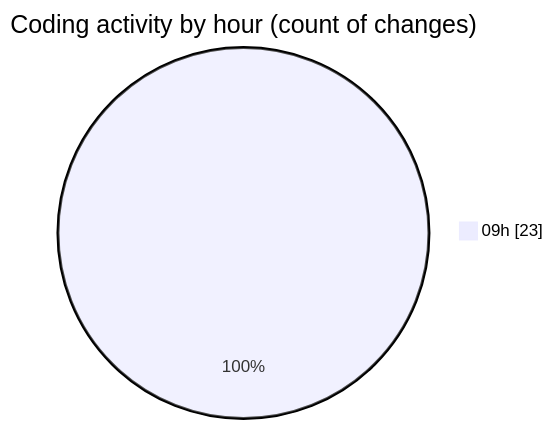
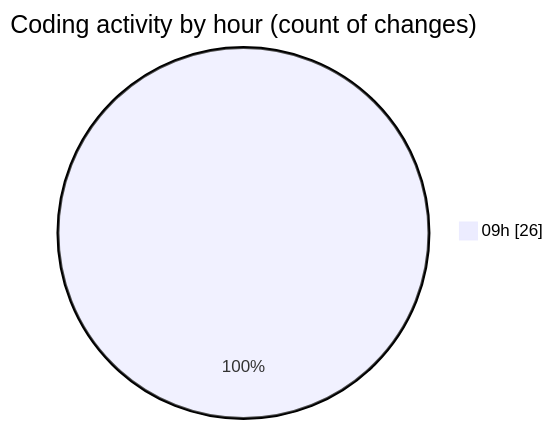
The second of 2 diagrams in 2025-03-05/termonied_testador/README.md (robertbonfada/code-tracking), drawn with Mermaid before and after one commit. The commit also changed other lines of this file and 1 other file, not shown here.

````diff
--- a/2025-03-05/termonied_testador/README.md
+++ b/2025-03-05/termonied_testador/README.md
@@ -32,5 +32,5 @@
 ```mermaid
 pie showData
 title Coding activity by hour (count of changes)
-"09h" : 23
+"09h" : 26
 ```
````
